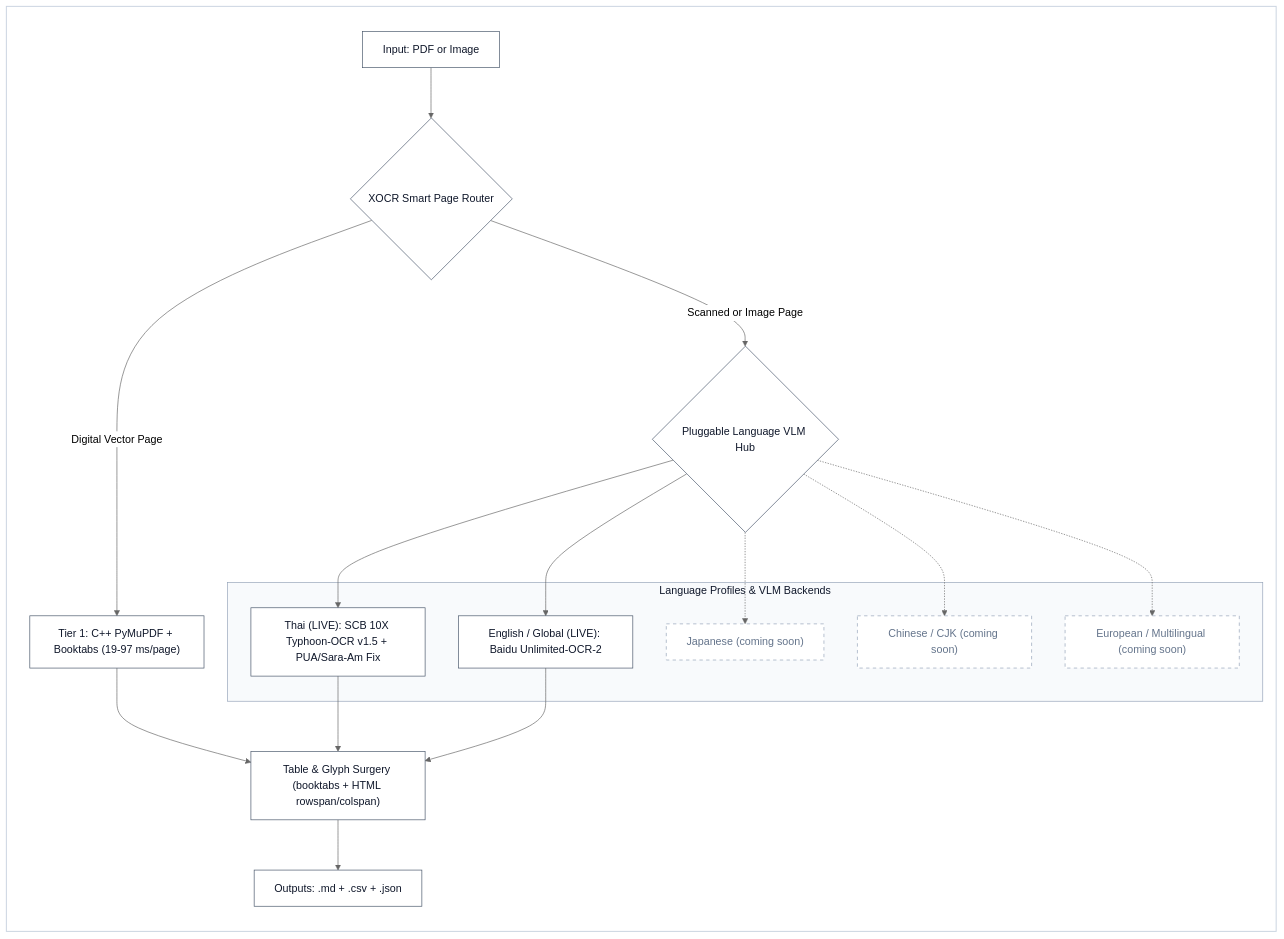
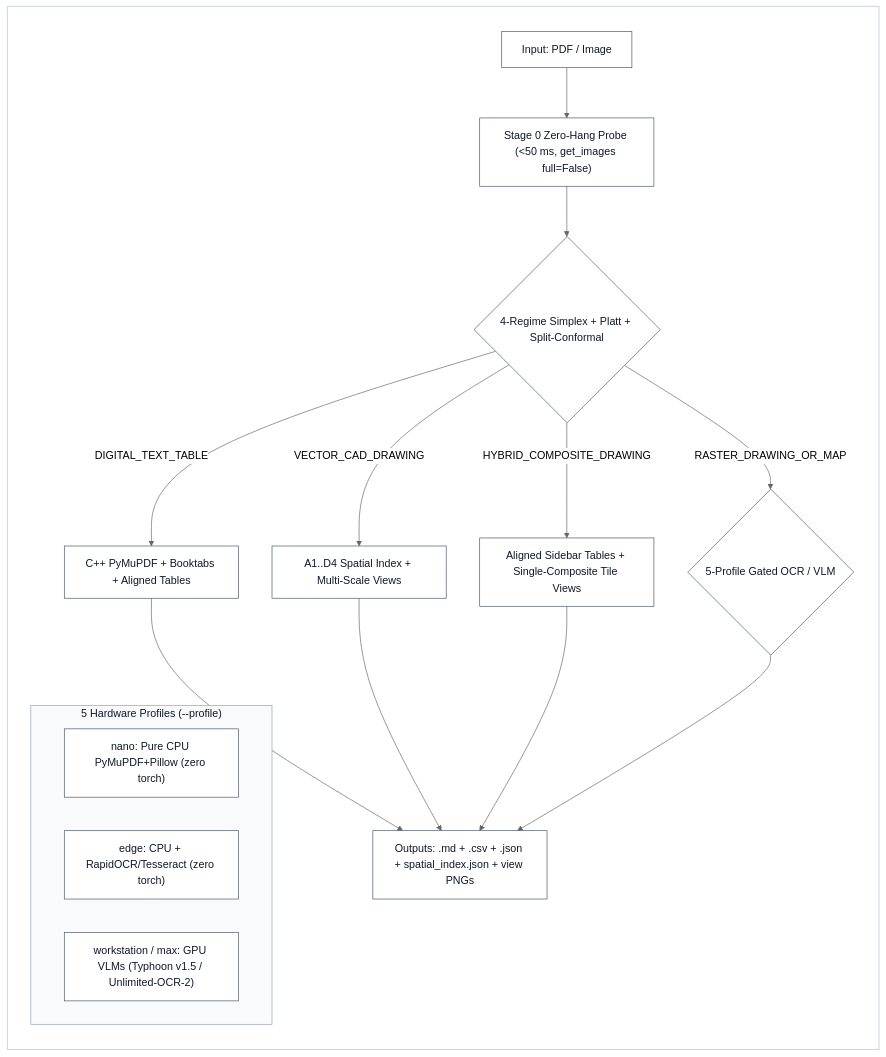
The diagram in skills/xocr/SKILL.md (iscvlab/xboost), drawn with Mermaid before and after one commit. The commit also changed other lines of this file and 8 other files, not shown here.

````diff
--- a/skills/xocr/SKILL.md
+++ b/skills/xocr/SKILL.md
@@ -17,34 +15,26 @@
 ```mermaid
 %%{init: {'theme': 'neutral'}}%%
 flowchart LR
     subgraph Canvas [" "]
-        In["Input: PDF or Image"] --> Router{"XOCR Smart Page Router"}
-        Router -->|"Digital Vector Page"| Fast["Tier 1: C++ PyMuPDF + Booktabs (19-97 ms/page)"]
-        Router -->|"Scanned or Image Page"| Hub{"Pluggable Language VLM Hub"}
+        In["Input: PDF / Image"] --> S0["Stage 0 Zero-Hang Probe (<50 ms, get_images full=False)"]
+        S0 --> Reg{"4-Regime Simplex + Platt + Split-Conformal"}
+        Reg -->|"DIGITAL_TEXT_TABLE"| Fast["C++ PyMuPDF + Booktabs + Aligned Tables"]
+        Reg -->|"VECTOR_CAD_DRAWING"| CAD["A1..D4 Spatial Index + Multi-Scale Views"]
+        Reg -->|"RASTER_DRAWING_OR_MAP"| VLM{"5-Profile Gated OCR / VLM"}
+        Reg -->|"HYBRID_COMPOSITE_DRAWING"| Hybrid["Aligned Sidebar Tables + Single-Composite Tile Views"]
 
-        subgraph Profiles ["Language Profiles & VLM Backends"]
-            TH["Thai (LIVE): SCB 10X Typhoon-OCR v1.5 + PUA/Sara-Am Fix"]
-            EN["English / Global (LIVE): Baidu Unlimited-OCR-2"]
-            JP["Japanese (coming soon)"]
-            ZH["Chinese / CJK (coming soon)"]
-            EU["European / Multilingual (coming soon)"]
+        subgraph Profiles ["5 Hardware Profiles (--profile)"]
+            P1["nano: Pure CPU PyMuPDF+Pillow (zero torch)"]
+            P2["edge: CPU + RapidOCR/Tesseract (zero torch)"]
+            P3["workstation / max: GPU VLMs (Typhoon v1.5 / Unlimited-OCR-2)"]
         end
 
-        Hub --> TH
-        Hub --> EN
-        Hub -.-> JP
-        Hub -.-> ZH
-        Hub -.-> EU
-
-        Fast --> Surgery["Table & Glyph Surgery (booktabs + HTML rowspan/colspan)"]
-        TH --> Surgery
-        EN --> Surgery
-        Surgery --> Out["Outputs: .md + .csv + .json"]
+        Fast --> Out["Outputs: .md + .csv + .json + spatial_index.json + view PNGs"]
+        CAD --> Out
+        Hybrid --> Out
+        VLM --> Out
     end
     classDef default fill:#ffffff,stroke:#475569,color:#0f172a,stroke-width:1px
     style Canvas fill:#ffffff,stroke:#cbd5e1,stroke-width:1.5px,color:#0f172a
     style Profiles fill:#f8fafc,stroke:#94a3b8,color:#0f172a
-    style JP fill:#ffffff,stroke:#94a3b8,stroke-dasharray: 5 5,color:#64748b
-    style ZH fill:#ffffff,stroke:#94a3b8,stroke-dasharray: 5 5,color:#64748b
-    style EU fill:#ffffff,stroke:#94a3b8,stroke-dasharray: 5 5,color:#64748b
 ```
````
